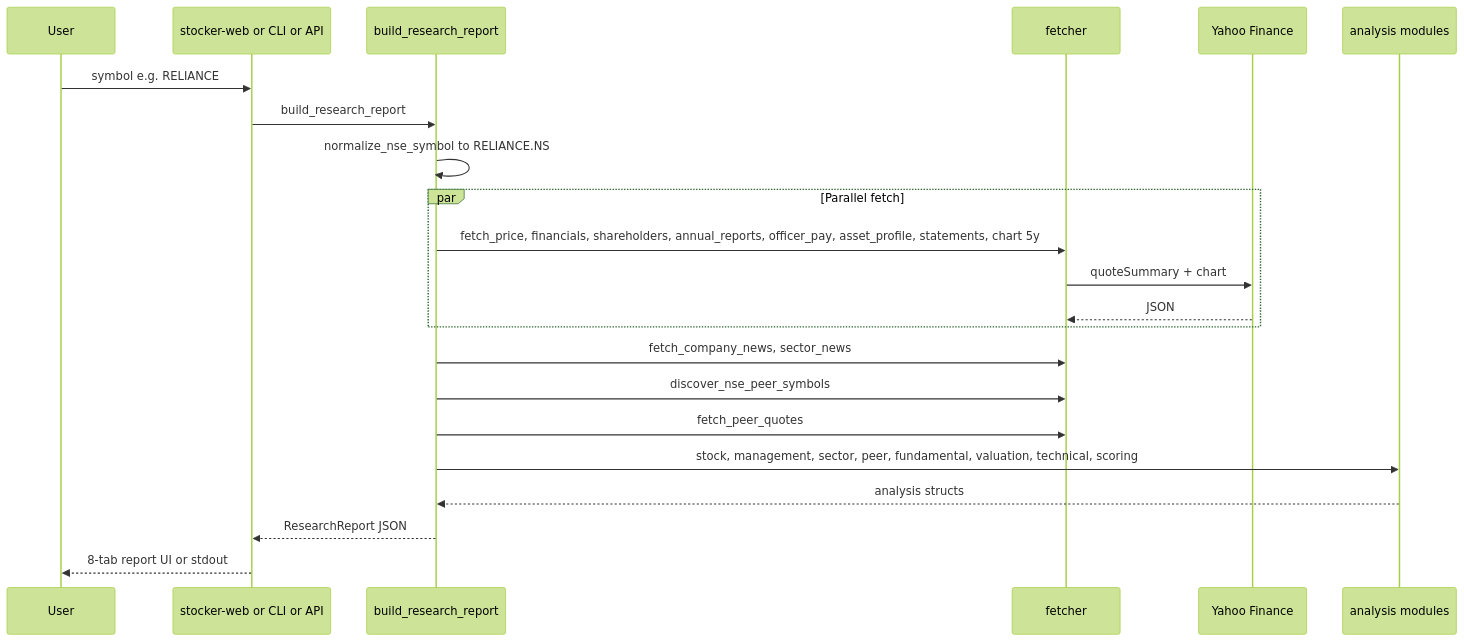
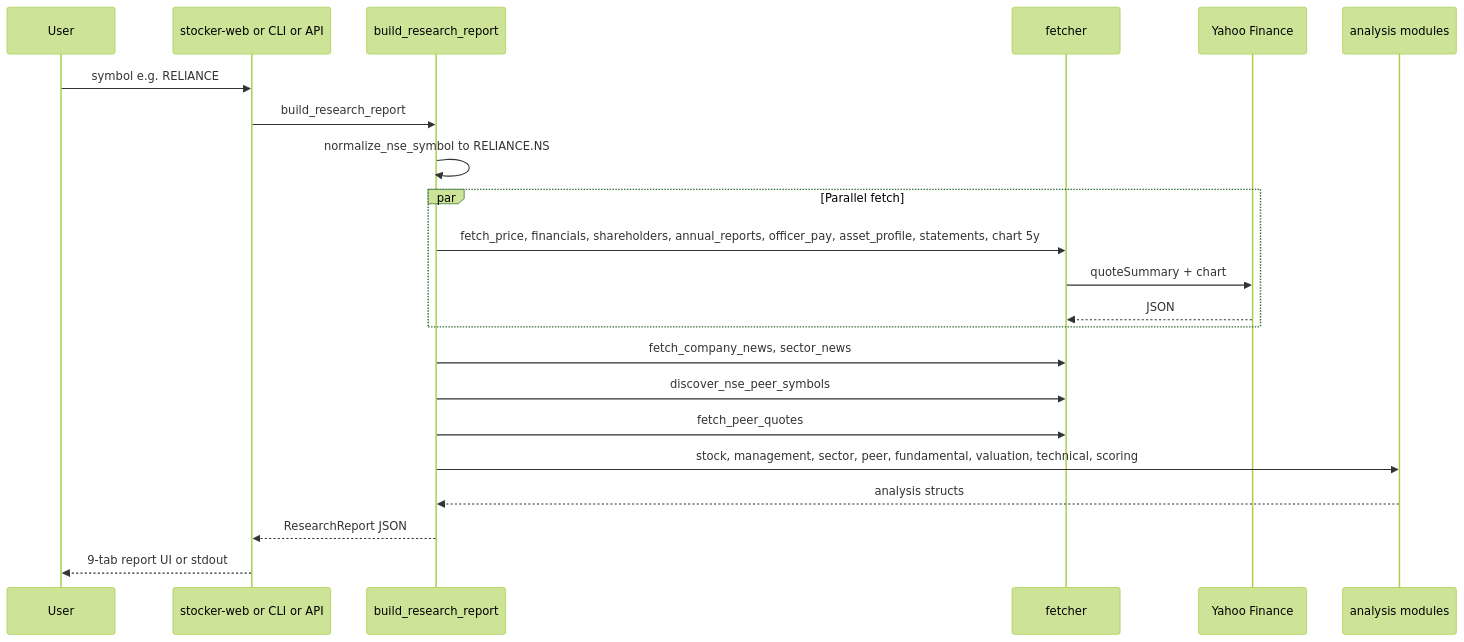
One commit to devendermishra/stocker changed the fifth of 6 diagrams in docs/KNOWLEDGE_GRAPH.md. Above: the diagram before and after it, drawn with Mermaid (forest theme). The commit also changed other lines of this file and 2 other files, not shown here.

````diff
--- a/docs/KNOWLEDGE_GRAPH.md
+++ b/docs/KNOWLEDGE_GRAPH.md
@@ -210,28 +328,28 @@
 ```mermaid
 sequenceDiagram
   participant User
   participant UI as stocker-web or CLI or API
   participant Report as build_research_report
   participant Fetch as fetcher
   participant Yahoo as Yahoo Finance
   participant Analyze as analysis modules
 
   User->>UI: symbol e.g. RELIANCE
   UI->>Report: build_research_report
   Report->>Report: normalize_nse_symbol to RELIANCE.NS
 
   par Parallel fetch
     Report->>Fetch: fetch_price, financials, shareholders, annual_reports, officer_pay, asset_profile, statements, chart 5y
     Fetch->>Yahoo: quoteSummary + chart
     Yahoo-->>Fetch: JSON
   end
 
   Report->>Fetch: fetch_company_news, sector_news
   Report->>Fetch: discover_nse_peer_symbols
   Report->>Fetch: fetch_peer_quotes
 
   Report->>Analyze: stock, management, sector, peer, fundamental, valuation, technical, scoring
   Analyze-->>Report: analysis structs
   Report-->>UI: ResearchReport JSON
-  UI-->>User: 8-tab report UI or stdout
+  UI-->>User: 9-tab report UI or stdout
 ```
````
